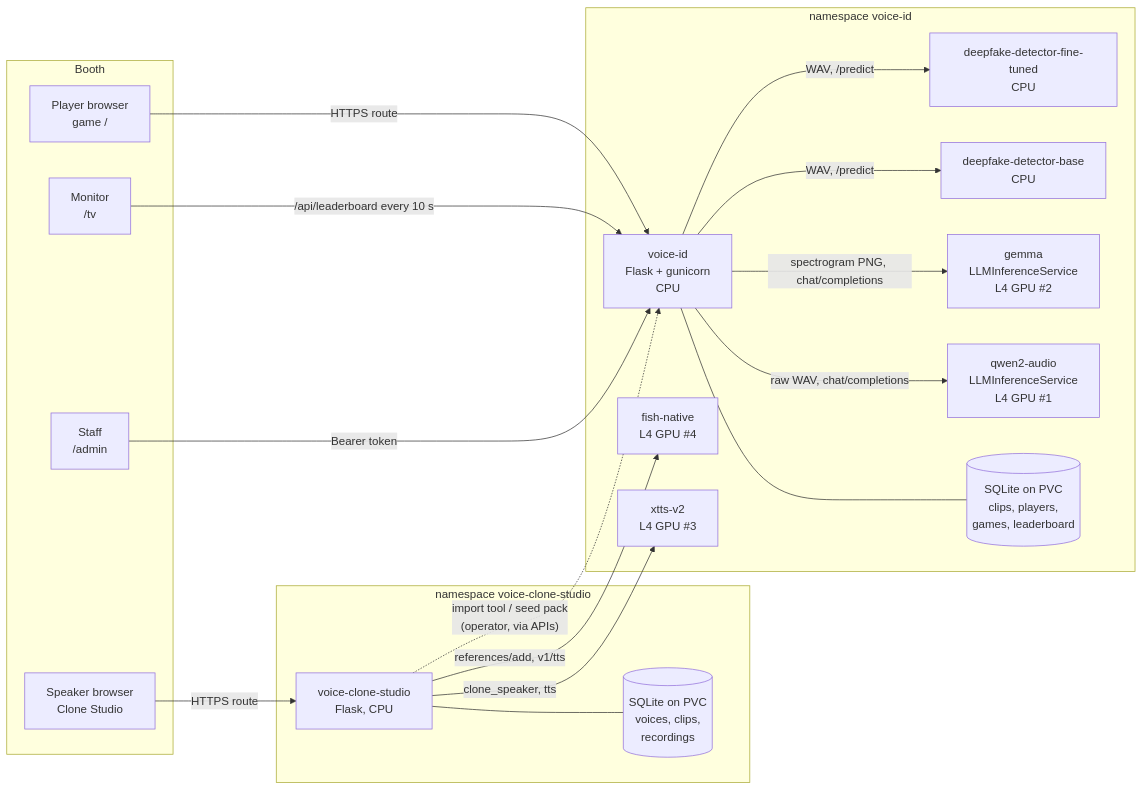
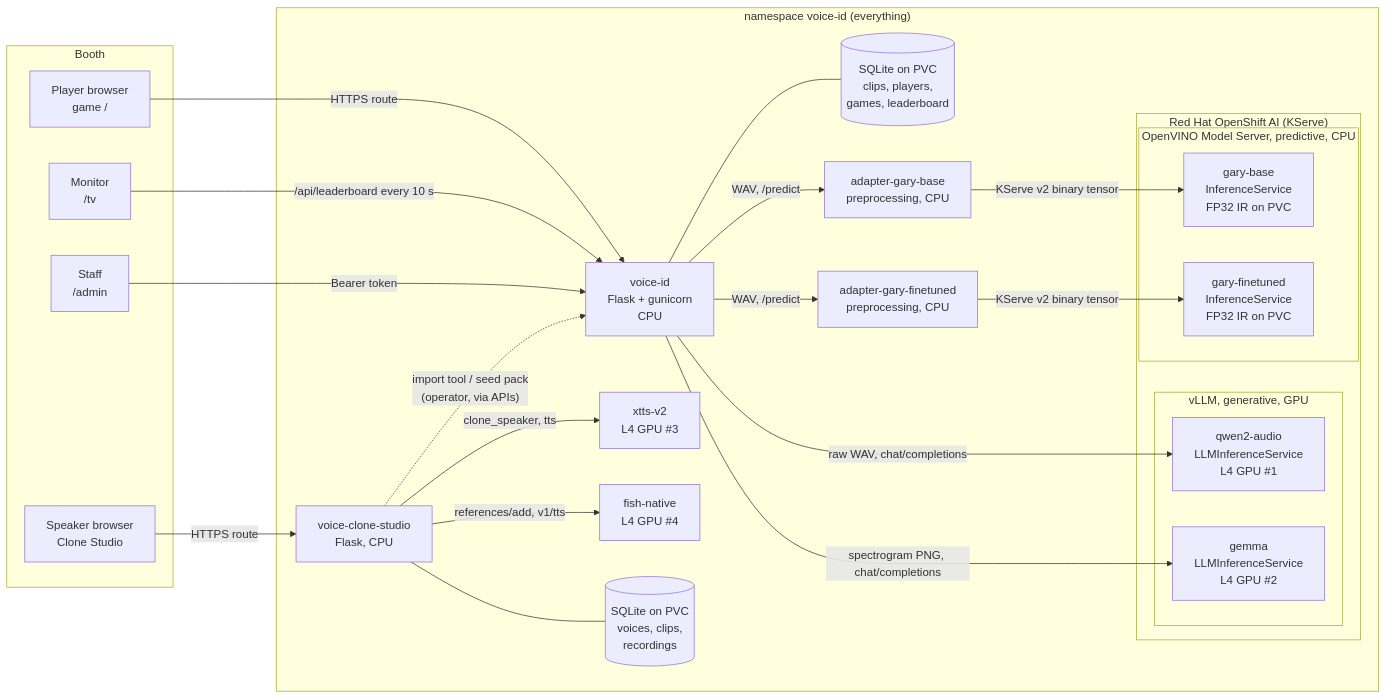
One commit to agiertli/voice-id changed the first of 4 diagrams in docs/ARCHITECTURE.md. Above: the diagram before and after it, drawn with Mermaid. The commit also changed other lines of this file and 28 other files, not shown here.

First line of the commit message:
Beta: OpenVINO-only detectors, single namespace voice-id, docs/diagrams/install updated

````diff
--- a/docs/ARCHITECTURE.md
+++ b/docs/ARCHITECTURE.md
@@ -9,39 +9,46 @@
 ```mermaid
 flowchart LR
     subgraph Booth["Booth"]
         Player["Player browser<br/>game /"]
         TV["Monitor<br/>/tv"]
         Staff["Staff<br/>/admin"]
         Rec["Speaker browser<br/>Clone Studio"]
     end
 
-    subgraph NSGame["namespace voice-id"]
+    subgraph NS["namespace voice-id (everything)"]
         Game["voice-id<br/>Flask + gunicorn<br/>CPU"]
         DB[("SQLite on PVC<br/>clips, players,<br/>games, leaderboard")]
-        Qwen["qwen2-audio<br/>LLMInferenceService<br/>L4 GPU #1"]
-        Gemma["gemma<br/>LLMInferenceService<br/>L4 GPU #2"]
-        GaryB["deepfake-detector-base<br/>CPU"]
-        GaryF["deepfake-detector-fine-tuned<br/>CPU"]
+        subgraph RHOAI["Red Hat OpenShift AI (KServe)"]
+            subgraph VLLM["vLLM, generative, GPU"]
+                Qwen["qwen2-audio<br/>LLMInferenceService<br/>L4 GPU #1"]
+                Gemma["gemma<br/>LLMInferenceService<br/>L4 GPU #2"]
+            end
+            subgraph OVMS["OpenVINO Model Server, predictive, CPU"]
+                GaryB["gary-base<br/>InferenceService<br/>FP32 IR on PVC"]
+                GaryF["gary-finetuned<br/>InferenceService<br/>FP32 IR on PVC"]
+            end
+        end
+        AdB["adapter-gary-base<br/>preprocessing, CPU"]
+        AdF["adapter-gary-finetuned<br/>preprocessing, CPU"]
         XTTS["xtts-v2<br/>L4 GPU #3"]
         Fish["fish-native<br/>L4 GPU #4"]
-    end
-
-    subgraph NSStudio["namespace voice-clone-studio"]
         Studio["voice-clone-studio<br/>Flask, CPU"]
         SDB[("SQLite on PVC<br/>voices, clips,<br/>recordings")]
     end
 
     Player -->|HTTPS route| Game
     TV -->|"/api/leaderboard every 10 s"| Game
     Staff -->|"Bearer token"| Game
     Game --- DB
     Game -->|"raw WAV, chat/completions"| Qwen
     Game -->|"spectrogram PNG, chat/completions"| Gemma
-    Game -->|"WAV, /predict"| GaryB
-    Game -->|"WAV, /predict"| GaryF
+    Game -->|"WAV, /predict"| AdB
+    Game -->|"WAV, /predict"| AdF
+    AdB -->|"KServe v2 binary tensor"| GaryB
+    AdF -->|"KServe v2 binary tensor"| GaryF
     Rec -->|HTTPS route| Studio
     Studio --- SDB
     Studio -->|"clone_speaker, tts"| XTTS
     Studio -->|"references/add, v1/tts"| Fish
     Studio -.->|"import tool / seed pack<br/>(operator, via APIs)"| Game
 ```
````
